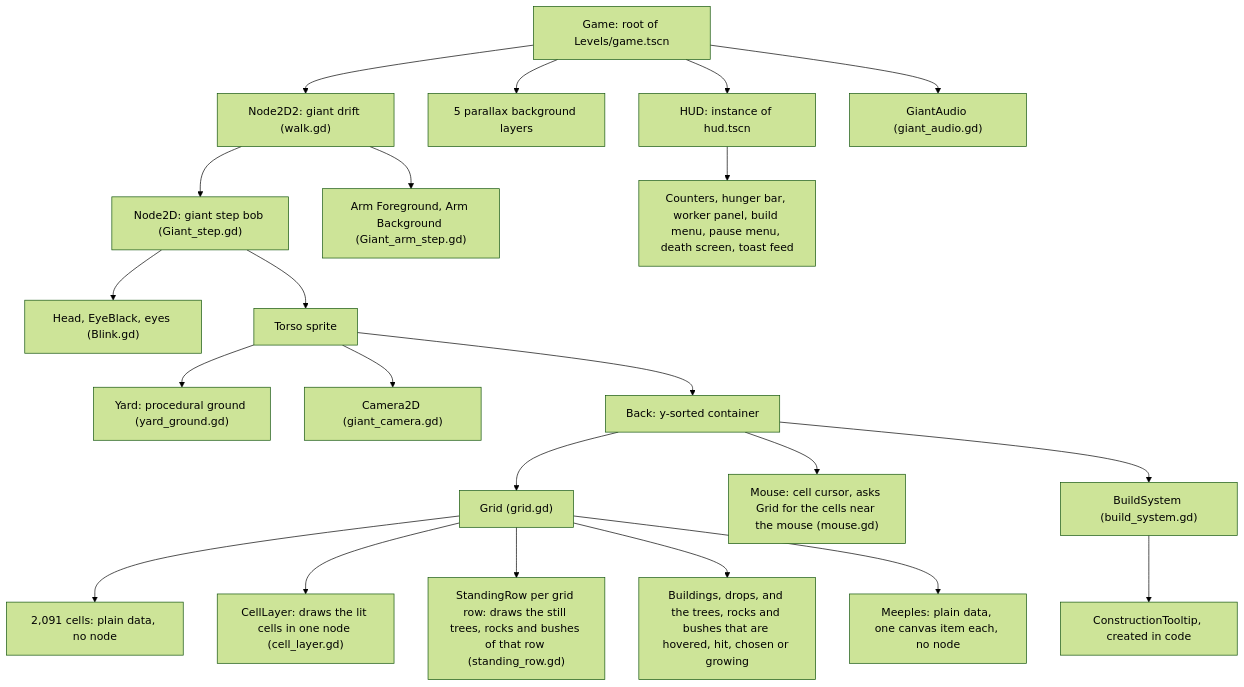
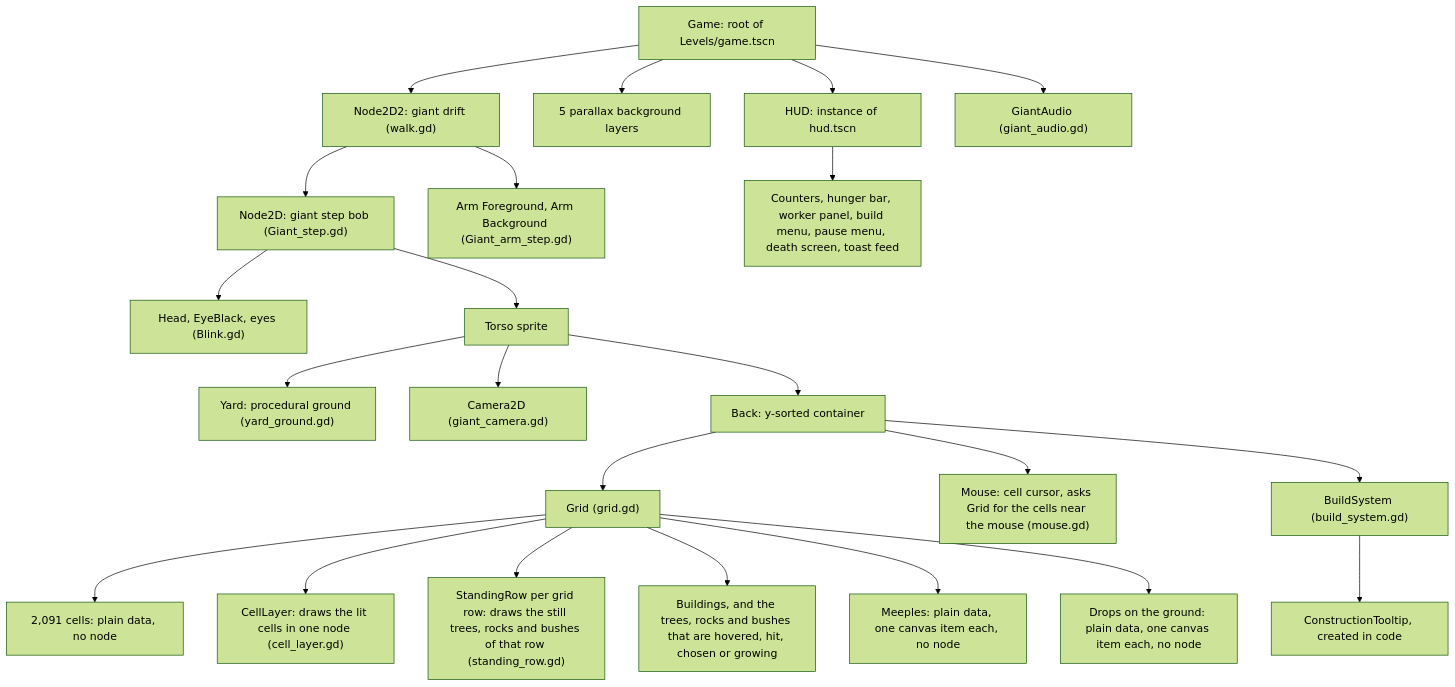
One commit to Liam-M-Mays/game-jam-2026 changed the third of 11 diagrams in docs/architecture.md. Above: the diagram before and after it, drawn with Mermaid (forest theme). The commit also changed other lines of this file and 11 other files, not shown here.

First line of the commit message:
Rework part 5b: loose drops become data, drawn as one canvas item each

````diff
--- a/docs/architecture.md
+++ b/docs/architecture.md
@@ -135,47 +135,49 @@
 ```mermaid
 flowchart TD
     game["Game: root of Levels/game.tscn"]
     walk["Node2D2: giant drift (walk.gd)"]
     step["Node2D: giant step bob (Giant_step.gd)"]
     head["Head, EyeBlack, eyes (Blink.gd)"]
     arms["Arm Foreground, Arm Background (Giant_arm_step.gd)"]
     torso["Torso sprite"]
     yard["Yard: procedural ground (yard_ground.gd)"]
     camera["Camera2D (giant_camera.gd)"]
     back["Back: y-sorted container"]
     grid["Grid (grid.gd)"]
     cells["2,091 cells: plain data, no node"]
     cellLayer["CellLayer: draws the lit cells in one node (cell_layer.gd)"]
     rows["StandingRow per grid row: draws the still trees, rocks and bushes of that row (standing_row.gd)"]
-    objects["Buildings, drops, and the trees, rocks and bushes that are hovered, hit, chosen or growing"]
+    objects["Buildings, and the trees, rocks and bushes that are hovered, hit, chosen or growing"]
     meeples["Meeples: plain data, one canvas item each, no node"]
+    drops["Drops on the ground: plain data, one canvas item each, no node"]
     cursor["Mouse: cell cursor, asks Grid for the cells near the mouse (mouse.gd)"]
     buildSystem["BuildSystem (build_system.gd)"]
     tooltip["ConstructionTooltip, created in code"]
     parallax["5 parallax background layers"]
     hud["HUD: instance of hud.tscn"]
     hudKids["Counters, hunger bar, worker panel, build menu, pause menu, death screen, toast feed"]
     giantAudio["GiantAudio (giant_audio.gd)"]
 
     game --> walk
     walk --> step
     walk --> arms
     step --> head
     step --> torso
     torso --> yard
     torso --> camera
     torso --> back
     back --> grid
     back --> cursor
     back --> buildSystem
     grid --> cells
     grid --> cellLayer
     grid --> rows
     grid --> objects
     grid --> meeples
+    grid --> drops
     buildSystem --> tooltip
     game --> parallax
     game --> hud
     hud --> hudKids
     game --> giantAudio
 ```
````
